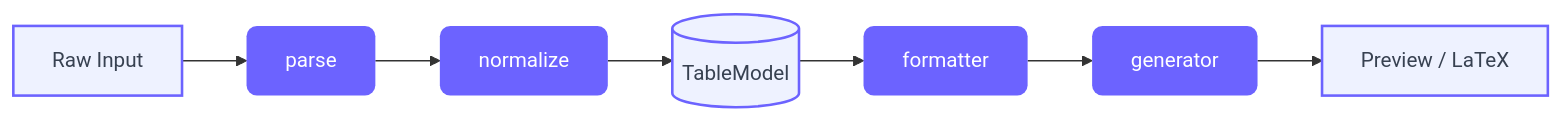
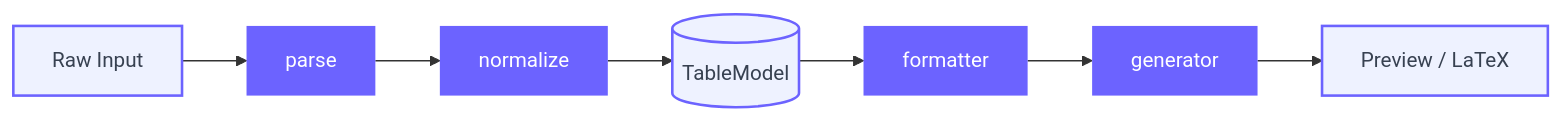
One commit to Axe0320/latex-table-composer changed the second of 4 diagrams in README.md. Above: the diagram before and after it, drawn with Mermaid. The commit also changed other lines of this file, not shown here.

````diff
--- a/README.md
+++ b/README.md
@@ -115,16 +140,15 @@
 ```mermaid
 flowchart LR
-    classDef step fill:#6C63FF,color:#fff,stroke:none,rx:8
+    classDef step fill:#6C63FF,color:#fff,stroke:none
     classDef data fill:#EEF2FF,color:#374151,stroke:#6C63FF,stroke-width:2px
-    classDef arrow color:#6C63FF
 
     R[Raw Input]:::data
     P[parse]:::step
     N[normalize]:::step
     T[(TableModel)]:::data
     F[formatter]:::step
     G[generator]:::step
     O[Preview / LaTeX]:::data
 
     R --> P --> N --> T --> F --> G --> O
 ```
````
